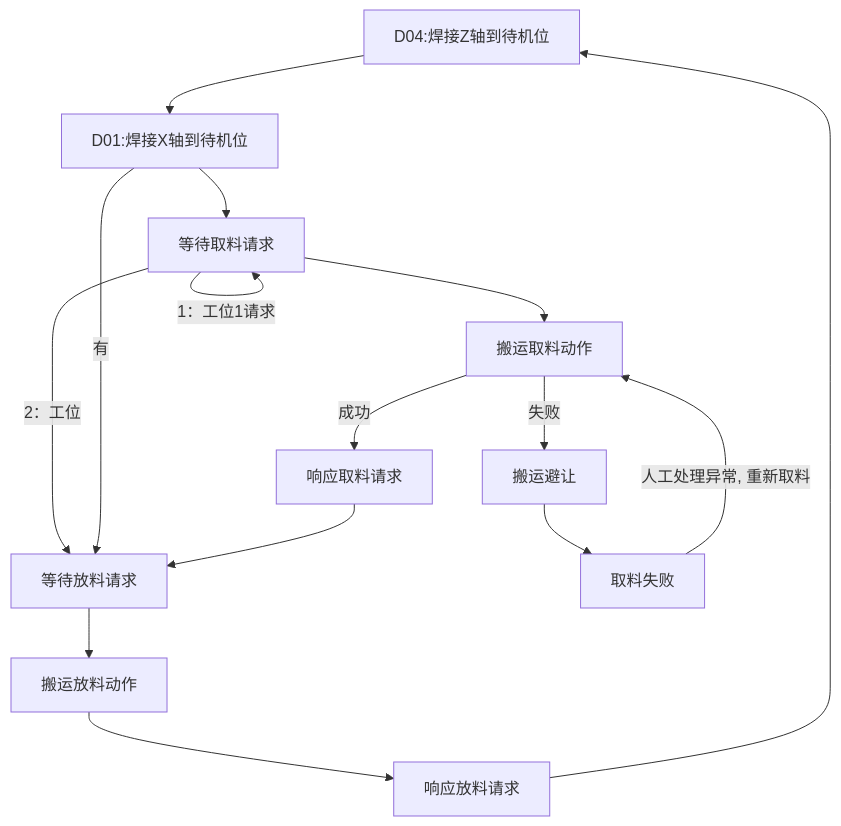
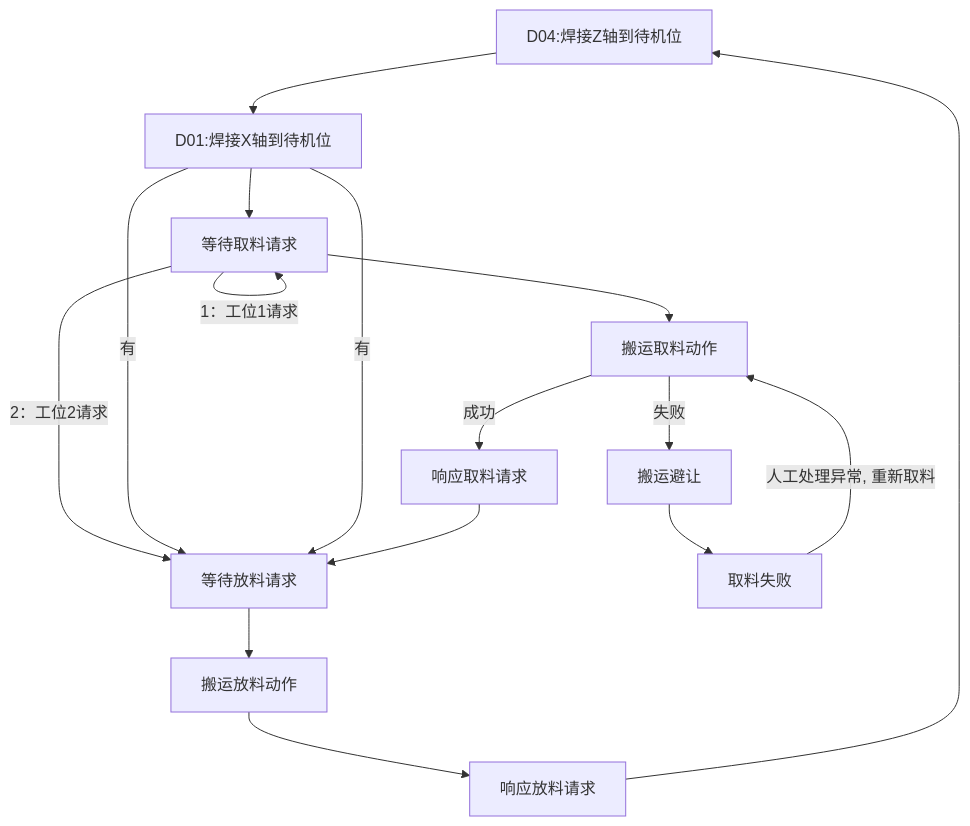
One commit to PengKun1/iodraw-files changed the diagram in all/OP10焊接工位自动流程.md. Above: the diagram before and after it, drawn with Mermaid.

Commit message:
2024-08-06 16:53:50 update

````diff
--- a/all/OP10焊接工位自动流程.md
+++ b/all/OP10焊接工位自动流程.md
@@ -1,20 +1,21 @@
 ```mermaid
 graph TD
 10[D04:焊接Z轴到待机位]-->20
 20[D01:焊接X轴到待机位]-->30
 30{等待请求焊接信号}-->|1：工位1请求|30
-30-->|2：工位|60
+30-->|2：工位2请求|60
+20-->|有|60
 
 20-->|有|60
 30[等待取料请求]-->40
 40[搬运取料动作]-->|成功|50
 40-->|失败|90
 50[响应取料请求]-->60
 60[等待放料请求]-->70
 70[搬运放料动作]-->80
 80[响应放料请求]-->10
 
 90[搬运避让]-->900
 
 900[取料失败]-->|人工处理异常, 重新取料|40
 ```
````
